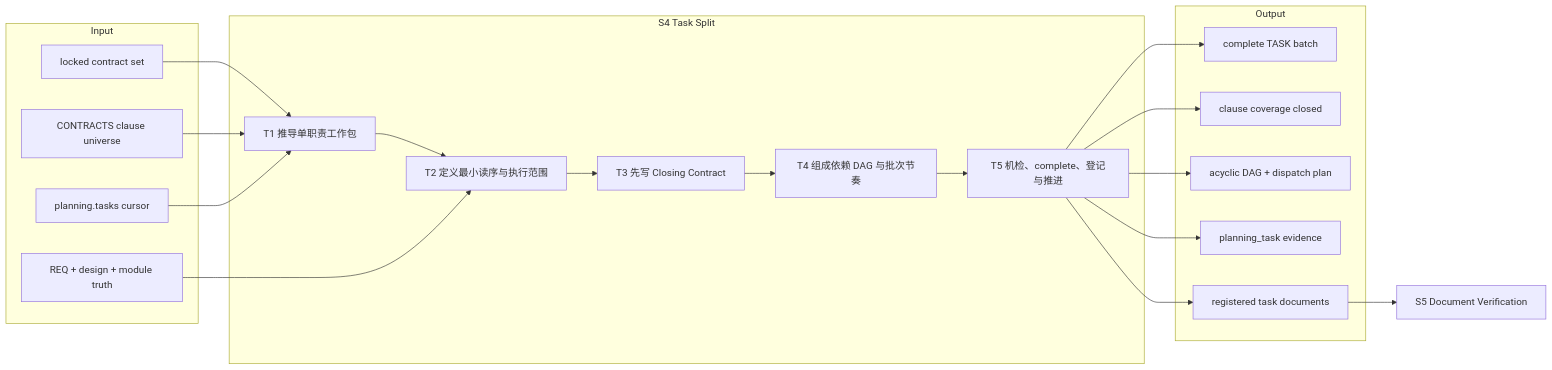
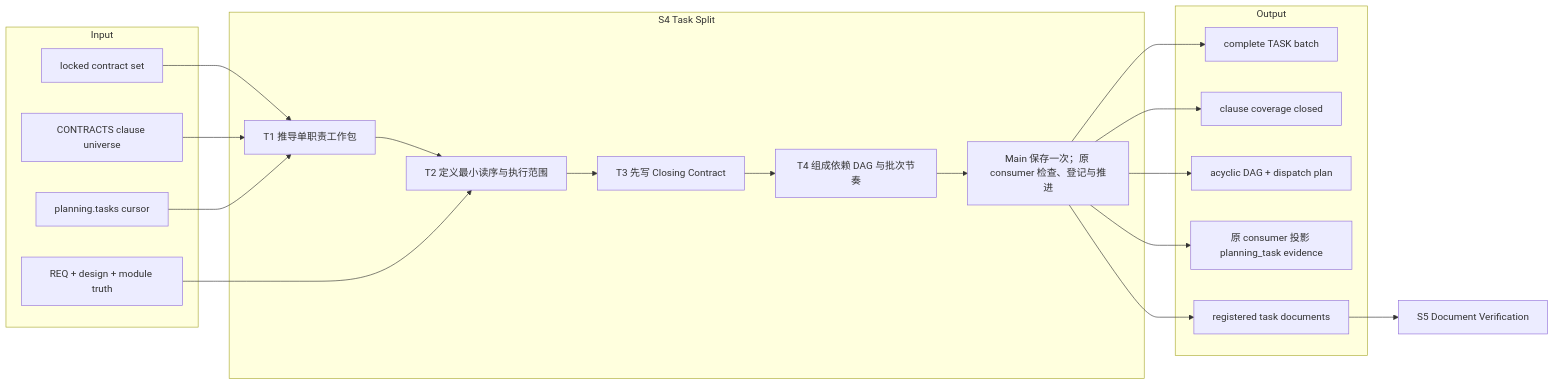
The first of 2 diagrams in blueprint/l3-stages/L3-S4-task-split.md (Sebs-Lee/go-system-builder), drawn with Mermaid before and after one commit. The commit also changed other lines of this file and 969 other files, not shown here.

````diff
--- a/blueprint/l3-stages/L3-S4-task-split.md
+++ b/blueprint/l3-stages/L3-S4-task-split.md
@@ -33,35 +59,35 @@
 ```mermaid
 flowchart LR
     subgraph INPUT["Input"]
         I1["locked contract set"]
         I2["CONTRACTS clause universe"]
         I3["REQ + design + module truth"]
         I4["planning.tasks cursor"]
     end
 
     subgraph S4["S4 Task Split"]
         T1["T1 推导单职责工作包"] --> T2["T2 定义最小读序与执行范围"]
         T2 --> T3["T3 先写 Closing Contract"]
         T3 --> T4["T4 组成依赖 DAG 与批次节奏"]
-        T4 --> T5["T5 机检、complete、登记与推进"]
+        T4 --> T5["Main 保存一次；原 consumer 检查、登记与推进"]
     end
 
     subgraph OUTPUT["Output"]
         O1["complete TASK batch"]
         O2["clause coverage closed"]
         O3["acyclic DAG + dispatch plan"]
-        O4["planning_task evidence"]
+        O4["原 consumer 投影 planning_task evidence"]
         O5["registered task documents"]
     end
 
     I1 --> T1
     I2 --> T1
     I3 --> T2
     I4 --> T1
     T5 --> O1
     T5 --> O2
     T5 --> O3
     T5 --> O4
     T5 --> O5
     O5 --> NEXT["S5 Document Verification"]
 ```
````
